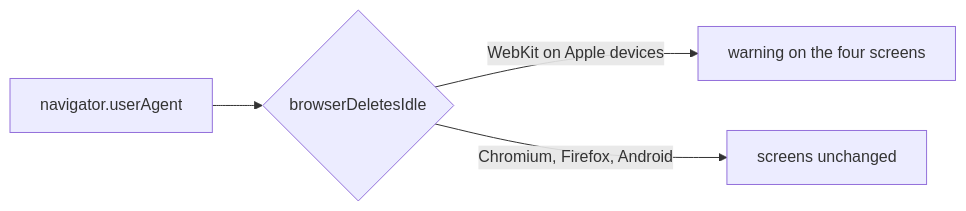
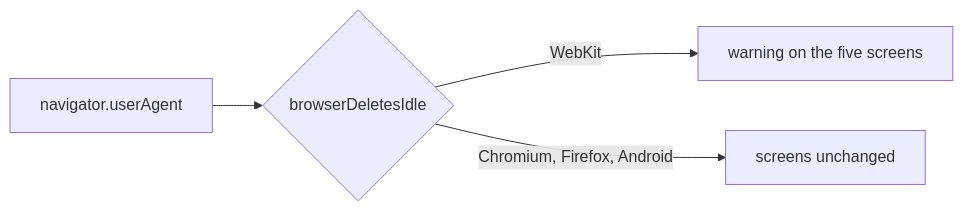
The diagram in plans/2026-11-17-badges-browser-deletes-codes.md (simplex-chat/simplex-chat), drawn with Mermaid before and after one commit. The commit also changed other lines of this file, not shown here.

Commit message:
plans: badges warning states WebKit's 7 and 30 day deletion

````diff
--- a/plans/2026-11-17-badges-browser-deletes-codes.md
+++ b/plans/2026-11-17-badges-browser-deletes-codes.md
@@ -31,6 +38,6 @@
 ```mermaid
 flowchart LR
   ua[navigator.userAgent] --> d{browserDeletesIdle}
-  d -->|WebKit on Apple devices| w[warning on the four screens]
+  d -->|WebKit| w[warning on the five screens]
   d -->|Chromium, Firefox, Android| n[screens unchanged]
 ```
````
